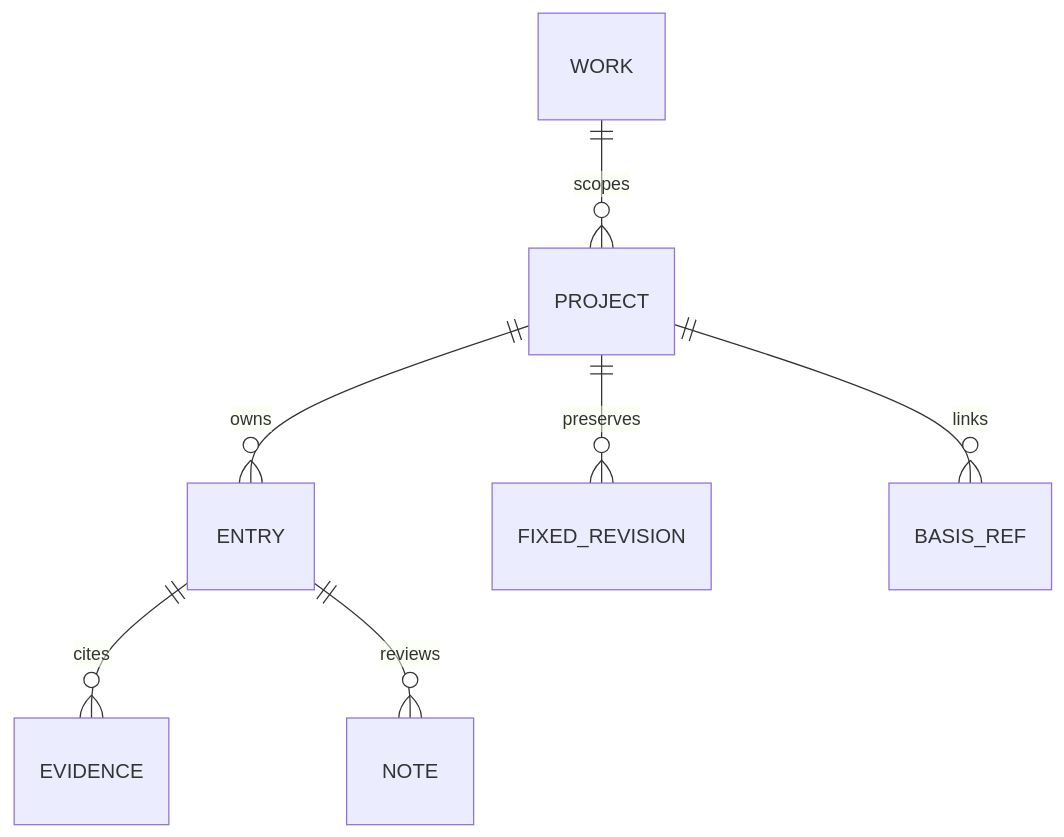
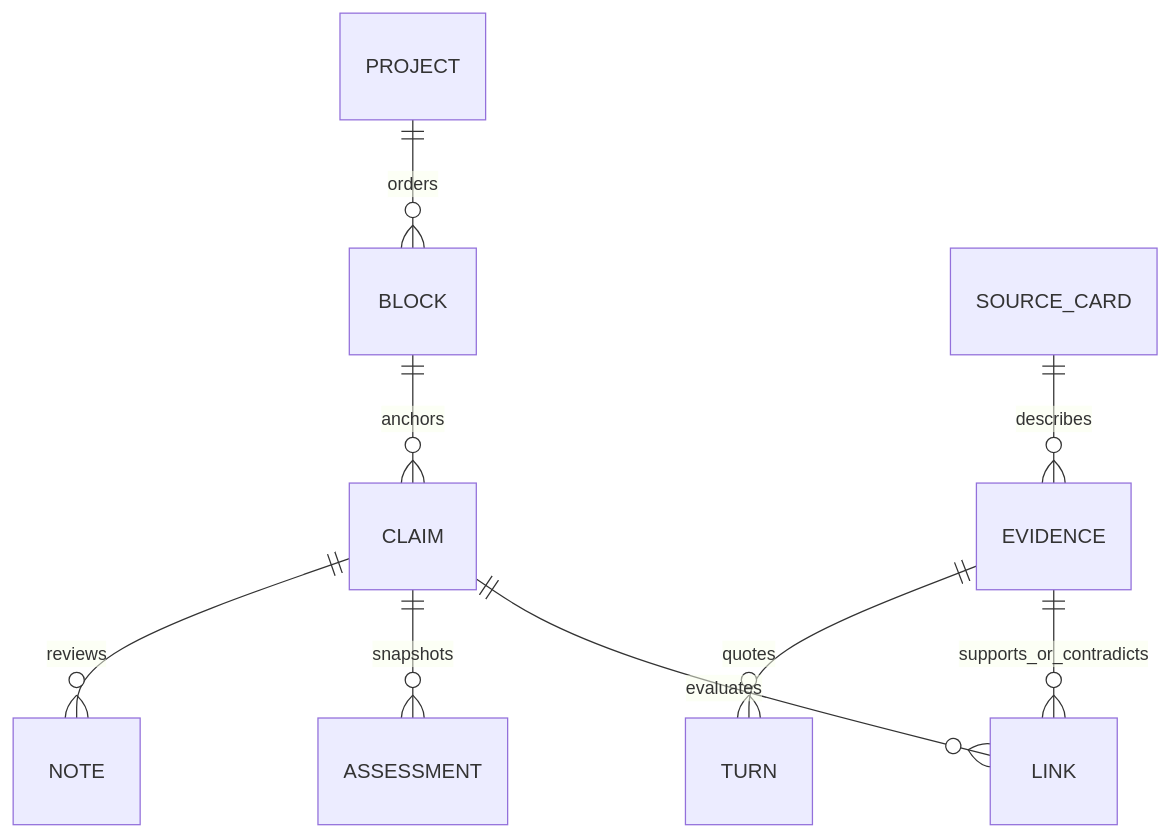
One commit to wordflowlab/hetu-nonfiction-studio changed the diagram in docs/02-领域与本体设计.md. Above: the diagram before and after it, drawn with Mermaid. The commit also changed 47 other files, not shown here.

````diff
--- a/docs/02-领域与本体设计.md
+++ b/docs/02-领域与本体设计.md
@@ -15,9 +15,11 @@
 ```mermaid
 erDiagram
- WORK ||--o{ PROJECT : scopes
- PROJECT ||--o{ ENTRY : owns
- ENTRY ||--o{ EVIDENCE : cites
- ENTRY ||--o{ NOTE : reviews
- PROJECT ||--o{ FIXED_REVISION : preserves
- PROJECT ||--o{ BASIS_REF : links
+ PROJECT ||--o{ BLOCK : orders
+ BLOCK ||--o{ CLAIM : anchors
+ CLAIM ||--o{ LINK : evaluates
+ EVIDENCE ||--o{ LINK : supports_or_contradicts
+ SOURCE_CARD ||--o{ EVIDENCE : describes
+ EVIDENCE ||--o{ TURN : quotes
+ CLAIM ||--o{ ASSESSMENT : snapshots
+ CLAIM ||--o{ NOTE : reviews
 ```
````
